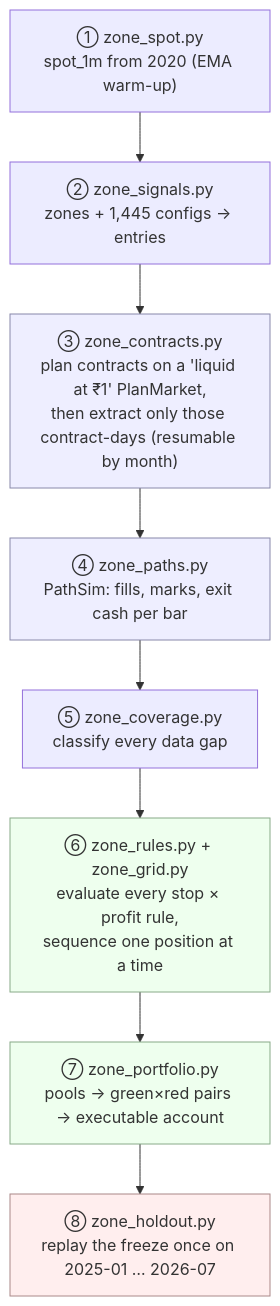
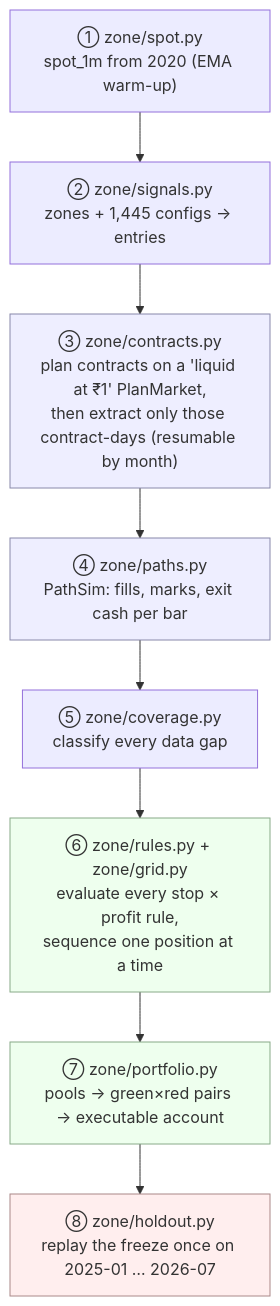
Before and after one commit to UBags/NIFTY_IV_RESEARCH: the eighth of 14 diagrams in README.md, drawn with Mermaid. The commit also changed other lines of this file and 297 other files, not shown here.

````diff
--- a/README.md
+++ b/README.md
@@ -299,17 +299,17 @@
 ```mermaid
 flowchart TB
-    A["① zone_spot.py<br/>spot_1m from 2020 (EMA warm-up)"] --> B
-    B["② zone_signals.py<br/>zones + 1,445 configs → entries"] --> C
-    C["③ zone_contracts.py<br/>plan contracts on a 'liquid at ₹1' PlanMarket,<br/>then extract only those contract-days (resumable by month)"] --> D
-    D["④ zone_paths.py<br/>PathSim: fills, marks, exit cash per bar"] --> E
-    E["⑤ zone_coverage.py<br/>classify every data gap"] --> F
-    F["⑥ zone_rules.py + zone_grid.py<br/>evaluate every stop × profit rule,<br/>sequence one position at a time"] --> G
-    G["⑦ zone_portfolio.py<br/>pools → green×red pairs → executable account"] --> H
-    H["⑧ zone_holdout.py<br/>replay the freeze once on 2025-01 … 2026-07"]
+    A["① zone/spot.py<br/>spot_1m from 2020 (EMA warm-up)"] --> B
+    B["② zone/signals.py<br/>zones + 1,445 configs → entries"] --> C
+    C["③ zone/contracts.py<br/>plan contracts on a 'liquid at ₹1' PlanMarket,<br/>then extract only those contract-days (resumable by month)"] --> D
+    D["④ zone/paths.py<br/>PathSim: fills, marks, exit cash per bar"] --> E
+    E["⑤ zone/coverage.py<br/>classify every data gap"] --> F
+    F["⑥ zone/rules.py + zone/grid.py<br/>evaluate every stop × profit rule,<br/>sequence one position at a time"] --> G
+    G["⑦ zone/portfolio.py<br/>pools → green×red pairs → executable account"] --> H
+    H["⑧ zone/holdout.py<br/>replay the freeze once on 2025-01 … 2026-07"]
 
     style C fill:#eef,stroke:#88a
     style D fill:#eef,stroke:#88a
     style F fill:#efe,stroke:#8a8
     style G fill:#efe,stroke:#8a8
     style H fill:#fee,stroke:#a88
 ```
````
